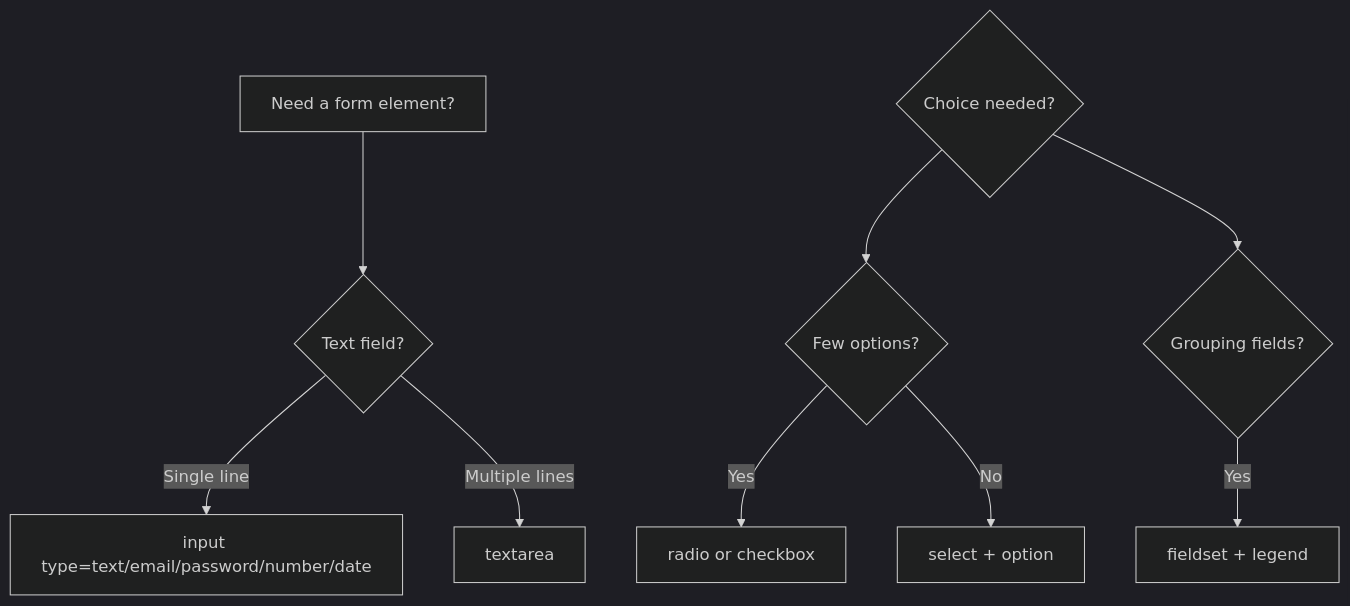
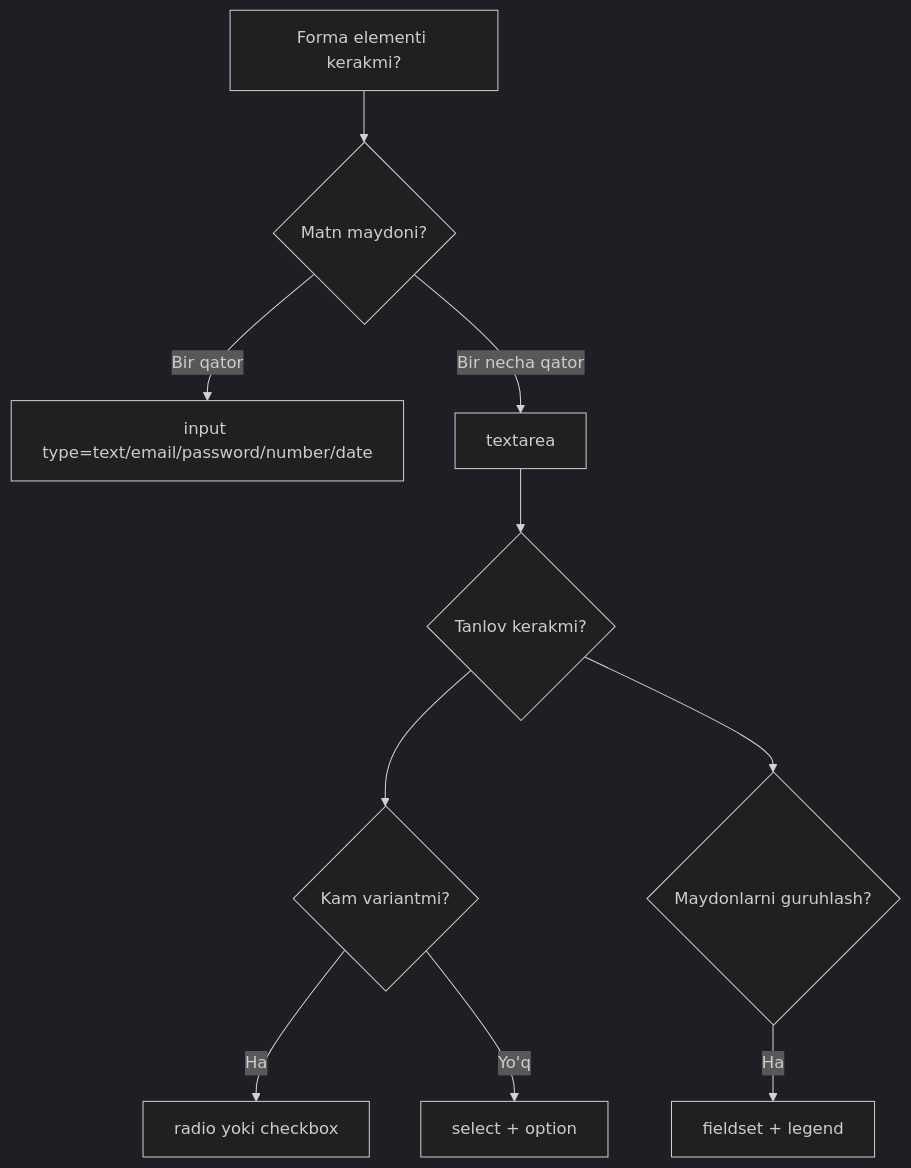
One commit to JLearn-space/HTML changed the first of 2 diagrams in Lesson-7/uz/Formatlar qism-2.md. Above: the diagram before and after it, drawn with Mermaid (dark theme). The commit also changed other lines of this file and 12 other files, not shown here.

Commit message:
Fix typos, broken markdown, Mermaid diagrams, localize RU/UZ labels, rename mixed-script filename

````diff
--- a/Lesson-7/uz/Formatlar qism-2.md
+++ b/Lesson-7/uz/Formatlar qism-2.md
@@ -5,11 +5,12 @@
 ```mermaid
 flowchart TD
-    A["Need a form element?"] --> B{"Text field?"}
-    B -->|"Single line"| C["input type=text/email/password/number/date"]
-    B -->|"Multiple lines"| D["textarea"]
-    E{"Choice needed?"} --> F{"Few options?"}
-    F -->|Yes| G["radio or checkbox"]
-    F -->|No| H["select + option"]
-    E --> I{"Grouping fields?"}
-    I -->|Yes| J["fieldset + legend"]
+    A["Forma elementi kerakmi?"] --> B{"Matn maydoni?"}
+    B -->|"Bir qator"| C["input type=text/email/password/number/date"]
+    B -->|"Bir necha qator"| D["textarea"]
+    D --> E{"Tanlov kerakmi?"}
+    E --> F{"Kam variantmi?"}
+    F -->|Ha| G["radio yoki checkbox"]
+    F -->|Yo'q| H["select + option"]
+    E --> I{"Maydonlarni guruhlash?"}
+    I -->|Ha| J["fieldset + legend"]
 ```
````
